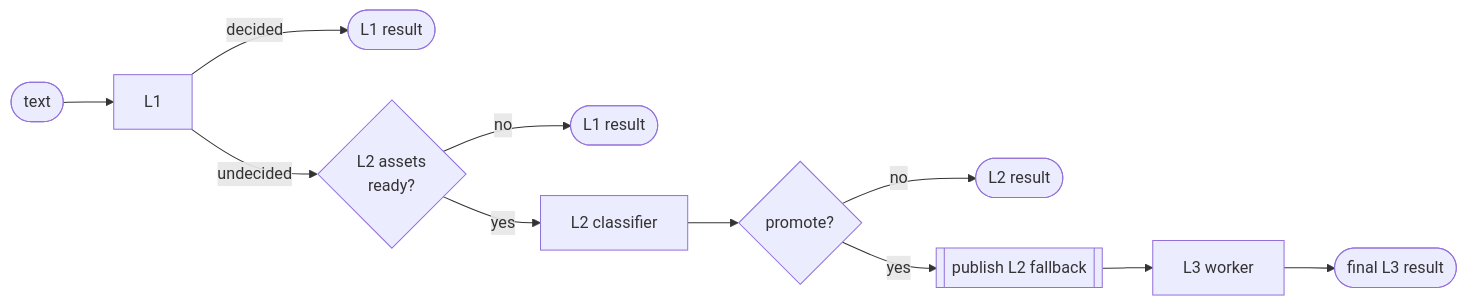
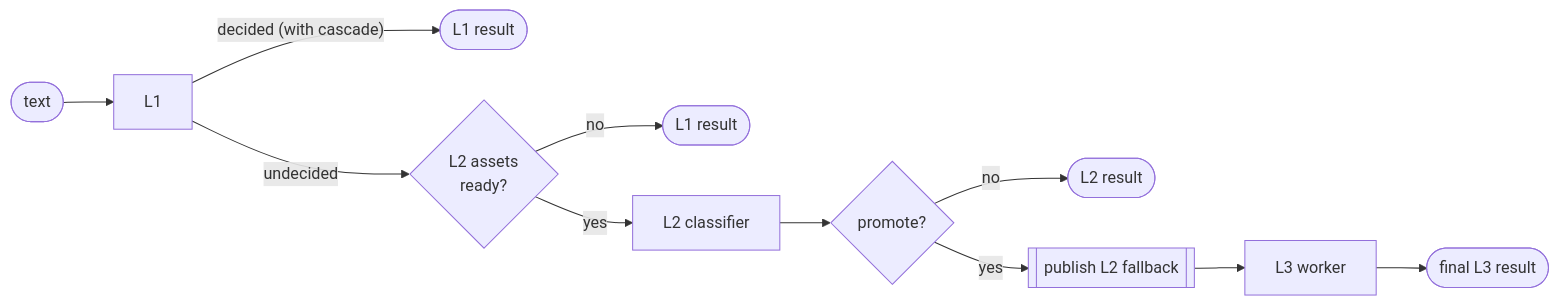
Before and after one commit to patronus-protect/patronus-security: the diagram in docs/concepts/layered-scanning.md, drawn with Mermaid. The commit also changed other lines of this file and 30 other files, not shown here.

First line of the commit message:
Review round: keep cascade detections in ARK, model findings, diagrams

````diff
--- a/docs/concepts/layered-scanning.md
+++ b/docs/concepts/layered-scanning.md
@@ -316,13 +278,13 @@
 ```mermaid
 flowchart LR
     IN([text]) --> L1
-    L1 -- decided --> OUT0([L1 result])
+    L1 -- "decided (with cascade)" --> OUT0([L1 result])
     L1 -- undecided --> L2{L2 assets<br/>ready?}
     L2 -- no --> OUT1([L1 result])
     L2 -- yes --> L2R[L2 classifier]
     L2R --> P{promote?}
     P -- no --> OUT2([L2 result])
     P -- yes --> FB[[publish L2 fallback]]
     FB --> W[L3 worker]
     W --> OUT3([final L3 result])
 ```
````
